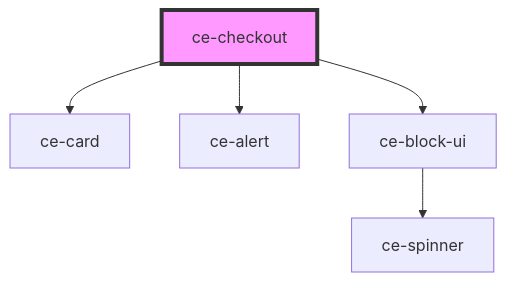
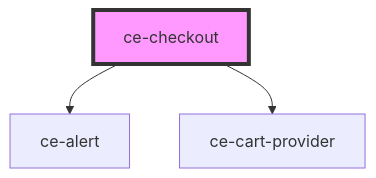
The diagram in packages/components/src/components/controllers/checkout/readme.md (surecart/surecart-wp-plugin), drawn with Mermaid before and after one commit. The commit also changed other lines of this file and 73 other files, not shown here.

````diff
--- a/packages/components/src/components/controllers/checkout/readme.md
+++ b/packages/components/src/components/controllers/checkout/readme.md
@@ -33,8 +31,6 @@
 ```mermaid
 graph TD;
-  ce-checkout --> ce-card
   ce-checkout --> ce-alert
-  ce-checkout --> ce-block-ui
-  ce-block-ui --> ce-spinner
+  ce-checkout --> ce-cart-provider
   style ce-checkout fill:#f9f,stroke:#333,stroke-width:4px
 ```
````
